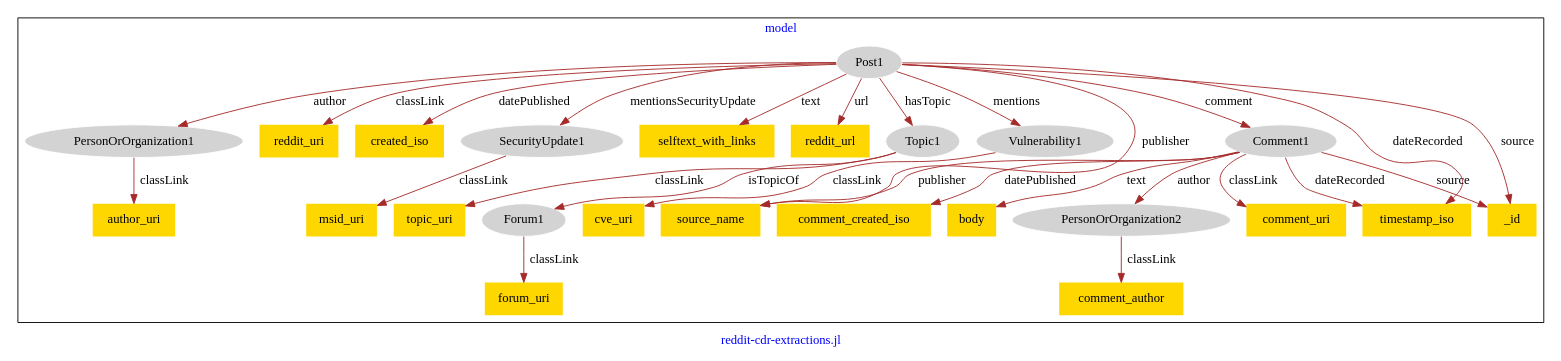
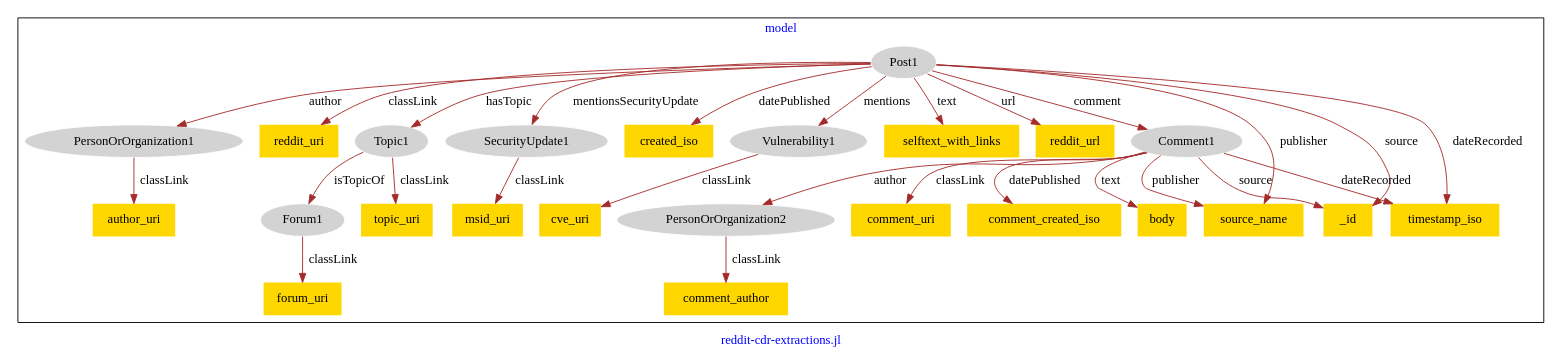
One commit to usc-isi-i2/effect-alignment changed the diagram in models/hg-reddit/hg-reddit-model.dot. Above: the diagram before and after it, drawn with Graphviz.

Commit message:
Update file hg-reddit-model.dot

```diff
--- a/models/hg-reddit/hg-reddit-model.dot
+++ b/models/hg-reddit/hg-reddit-model.dot
@@ -1,58 +1,58 @@
 digraph n0 {
 fontcolor="blue"
 remincross="true"
 label="reddit-cdr-extractions.jl"
 subgraph cluster {
 label="model"
 n2[style="filled",color="white",fillcolor="lightgray",label="Forum1"];
 n3[shape="plaintext",style="filled",fillcolor="gold",label="forum_uri"];
 n4[style="filled",color="white",fillcolor="lightgray",label="PersonOrOrganization1"];
 n5[shape="plaintext",style="filled",fillcolor="gold",label="author_uri"];
 n6[style="filled",color="white",fillcolor="lightgray",label="PersonOrOrganization2"];
 n7[shape="plaintext",style="filled",fillcolor="gold",label="comment_author"];
 n8[style="filled",color="white",fillcolor="lightgray",label="Post1"];
 n9[shape="plaintext",style="filled",fillcolor="gold",label="reddit_uri"];
-n10[shape="plaintext",style="filled",fillcolor="gold",label="created_iso"];
-n11[shape="plaintext",style="filled",fillcolor="gold",label="source_name"];
-n12[shape="plaintext",style="filled",fillcolor="gold",label="selftext_with_links"];
-n13[shape="plaintext",style="filled",fillcolor="gold",label="reddit_url"];
-n14[style="filled",color="white",fillcolor="lightgray",label="SecurityUpdate1"];
-n15[shape="plaintext",style="filled",fillcolor="gold",label="msid_uri"];
-n16[style="filled",color="white",fillcolor="lightgray",label="Topic1"];
+n10[style="filled",color="white",fillcolor="lightgray",label="Topic1"];
+n11[style="filled",color="white",fillcolor="lightgray",label="SecurityUpdate1"];
+n12[shape="plaintext",style="filled",fillcolor="gold",label="created_iso"];
+n13[style="filled",color="white",fillcolor="lightgray",label="Vulnerability1"];
+n14[shape="plaintext",style="filled",fillcolor="gold",label="selftext_with_links"];
+n15[shape="plaintext",style="filled",fillcolor="gold",label="reddit_url"];
+n16[shape="plaintext",style="filled",fillcolor="gold",label="msid_uri"];
 n17[shape="plaintext",style="filled",fillcolor="gold",label="topic_uri"];
-n18[style="filled",color="white",fillcolor="lightgray",label="Vulnerability1"];
-n19[shape="plaintext",style="filled",fillcolor="gold",label="cve_uri"];
-n20[style="filled",color="white",fillcolor="lightgray",label="Comment1"];
-n21[shape="plaintext",style="filled",fillcolor="gold",label="comment_uri"];
-n22[shape="plaintext",style="filled",fillcolor="gold",label="comment_created_iso"];
-n23[shape="plaintext",style="filled",fillcolor="gold",label="body"];
-n24[shape="plaintext",style="filled",fillcolor="gold",label="timestamp_iso"];
-n25[shape="plaintext",style="filled",fillcolor="gold",label="_id"];
+n18[shape="plaintext",style="filled",fillcolor="gold",label="cve_uri"];
+n19[style="filled",color="white",fillcolor="lightgray",label="Comment1"];
+n20[shape="plaintext",style="filled",fillcolor="gold",label="comment_uri"];
+n21[shape="plaintext",style="filled",fillcolor="gold",label="comment_created_iso"];
+n22[shape="plaintext",style="filled",fillcolor="gold",label="body"];
+n23[shape="plaintext",style="filled",fillcolor="gold",label="source_name"];
+n24[shape="plaintext",style="filled",fillcolor="gold",label="_id"];
+n25[shape="plaintext",style="filled",fillcolor="gold",label="timestamp_iso"];
 }
 n2 -> n3[color="brown",fontcolor="black",label="classLink"]
 n4 -> n5[color="brown",fontcolor="black",label="classLink"]
 n6 -> n7[color="brown",fontcolor="black",label="classLink"]
 n8 -> n9[color="brown",fontcolor="black",label="classLink"]
-n8 -> n10[color="brown",fontcolor="black",label="datePublished"]
-n8 -> n11[color="brown",fontcolor="black",label="publisher"]
-n8 -> n12[color="brown",fontcolor="black",label="text"]
-n8 -> n13[color="brown",fontcolor="black",label="url"]
-n14 -> n15[color="brown",fontcolor="black",label="classLink"]
-n16 -> n17[color="brown",fontcolor="black",label="classLink"]
-n18 -> n19[color="brown",fontcolor="black",label="classLink"]
-n20 -> n21[color="brown",fontcolor="black",label="classLink"]
-n20 -> n22[color="brown",fontcolor="black",label="datePublished"]
-n20 -> n11[color="brown",fontcolor="black",label="publisher"]
-n20 -> n23[color="brown",fontcolor="black",label="text"]
-n8 -> n16[color="brown",fontcolor="black",label="hasTopic"]
-n8 -> n24[color="brown",fontcolor="black",label="dateRecorded"]
-n8 -> n25[color="brown",fontcolor="black",label="source"]
-n8 -> n14[color="brown",fontcolor="black",label="mentionsSecurityUpdate"]
+n8 -> n10[color="brown",fontcolor="black",label="hasTopic"]
+n8 -> n11[color="brown",fontcolor="black",label="mentionsSecurityUpdate"]
 n8 -> n4[color="brown",fontcolor="black",label="author"]
-n20 -> n6[color="brown",fontcolor="black",label="author"]
-n16 -> n2[color="brown",fontcolor="black",label="isTopicOf"]
-n20 -> n24[color="brown",fontcolor="black",label="dateRecorded"]
-n20 -> n25[color="brown",fontcolor="black",label="source"]
-n8 -> n18[color="brown",fontcolor="black",label="mentions"]
-n8 -> n20[color="brown",fontcolor="black",label="comment"]
+n8 -> n12[color="brown",fontcolor="black",label="datePublished"]
+n8 -> n13[color="brown",fontcolor="black",label="mentions"]
+n8 -> n14[color="brown",fontcolor="black",label="text"]
+n8 -> n15[color="brown",fontcolor="black",label="url"]
+n11 -> n16[color="brown",fontcolor="black",label="classLink"]
+n10 -> n17[color="brown",fontcolor="black",label="classLink"]
+n10 -> n2[color="brown",fontcolor="black",label="isTopicOf"]
+n13 -> n18[color="brown",fontcolor="black",label="classLink"]
+n19 -> n20[color="brown",fontcolor="black",label="classLink"]
+n19 -> n6[color="brown",fontcolor="black",label="author"]
+n19 -> n21[color="brown",fontcolor="black",label="datePublished"]
+n19 -> n22[color="brown",fontcolor="black",label="text"]
+n8 -> n23[color="brown",fontcolor="black",label="publisher"]
+n19 -> n24[color="brown",fontcolor="black",label="source"]
+n8 -> n24[color="brown",fontcolor="black",label="source"]
+n19 -> n25[color="brown",fontcolor="black",label="dateRecorded"]
+n19 -> n23[color="brown",fontcolor="black",label="publisher"]
+n8 -> n25[color="brown",fontcolor="black",label="dateRecorded"]
+n8 -> n19[color="brown",fontcolor="black",label="comment"]
 }
```
